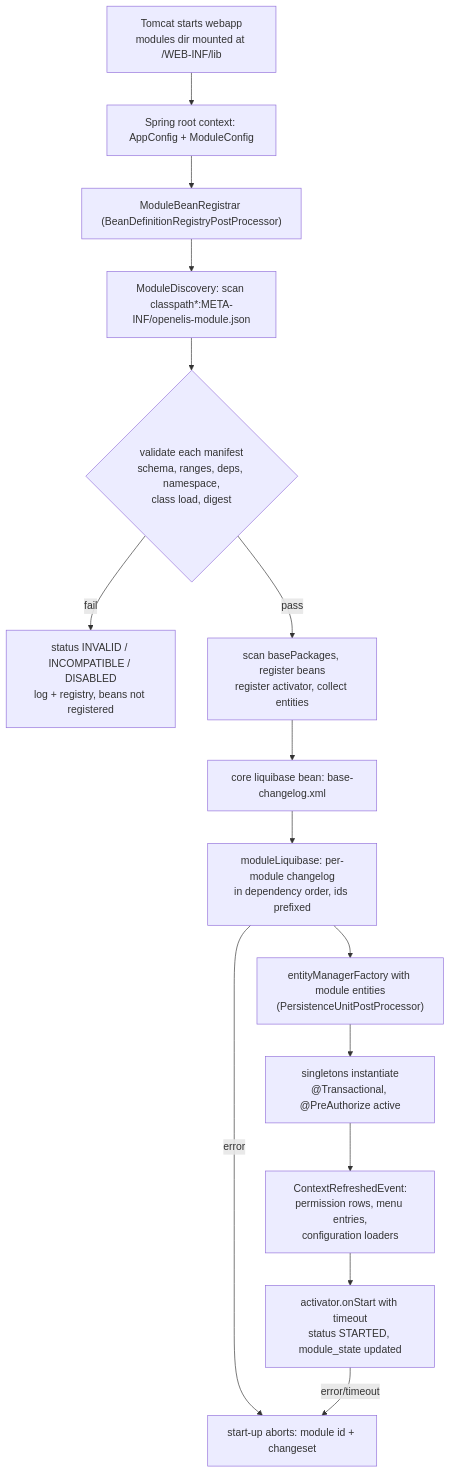
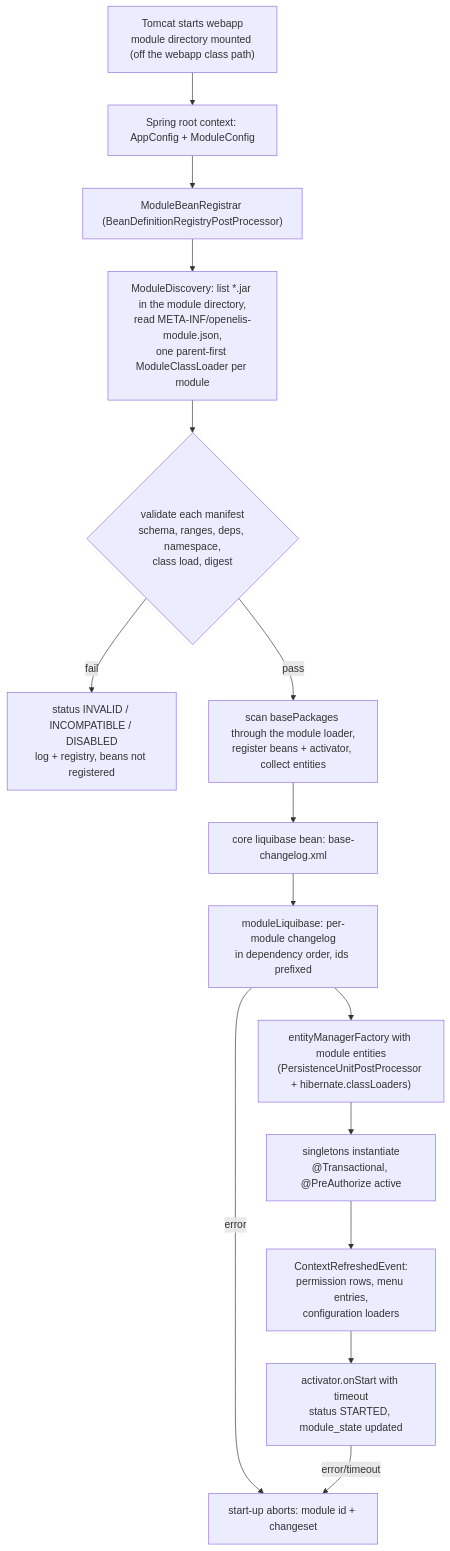
The fourth of 8 diagrams in specs/plans/module-system-architecture.md (Agaba-derrick/OpenELIS-Global-2), drawn with Mermaid before and after one commit. The commit also changed other lines of this file, not shown here.

First line of the commit message:
docs(architecture): per-module class loaders, bundled frontend, minimum OpenELIS version (OGC-1577) (#4867)

````diff
--- a/specs/plans/module-system-architecture.md
+++ b/specs/plans/module-system-architecture.md
@@ -745,17 +765,17 @@
 ```mermaid
 flowchart TD
-  A["Tomcat starts webapp<br/>modules dir mounted at /WEB-INF/lib"] --> B["Spring root context: AppConfig + ModuleConfig"]
+  A["Tomcat starts webapp<br/>module directory mounted (off the webapp class path)"] --> B["Spring root context: AppConfig + ModuleConfig"]
   B --> C["ModuleBeanRegistrar (BeanDefinitionRegistryPostProcessor)"]
-  C --> D["ModuleDiscovery: scan classpath*:META-INF/openelis-module.json"]
+  C --> D["ModuleDiscovery: list *.jar in the module directory,<br/>read META-INF/openelis-module.json,<br/>one parent-first ModuleClassLoader per module"]
   D --> E{"validate each manifest<br/>schema, ranges, deps, namespace,<br/>class load, digest"}
   E -- fail --> F["status INVALID / INCOMPATIBLE / DISABLED<br/>log + registry, beans not registered"]
-  E -- pass --> G["scan basePackages, register beans<br/>register activator, collect entities"]
+  E -- pass --> G["scan basePackages through the module loader,<br/>register beans + activator, collect entities"]
   G --> H["core liquibase bean: base-changelog.xml"]
   H --> I["moduleLiquibase: per-module changelog<br/>in dependency order, ids prefixed"]
   I -- error --> X["start-up aborts: module id + changeset"]
-  I --> J["entityManagerFactory with module entities<br/>(PersistenceUnitPostProcessor)"]
+  I --> J["entityManagerFactory with module entities<br/>(PersistenceUnitPostProcessor + hibernate.classLoaders)"]
   J --> K["singletons instantiate<br/>@Transactional, @PreAuthorize active"]
   K --> L["ContextRefreshedEvent:<br/>permission rows, menu entries,<br/>configuration loaders"]
   L --> M["activator.onStart with timeout<br/>status STARTED, module_state updated"]
   M -- error/timeout --> X
 ```
````
